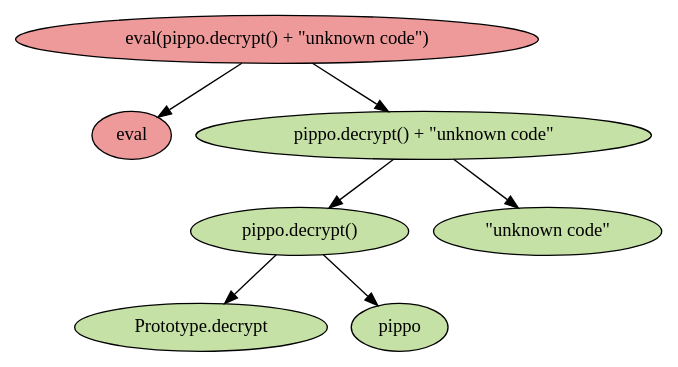
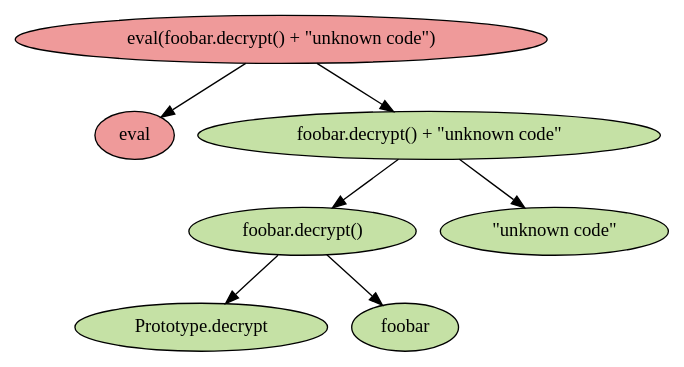
One commit to CapacitorSet/box-js changed the diagram in revealjs/eng/diagrams/vanilla_AST.dot. Above: the diagram before and after it, drawn with Graphviz. The commit also changed 4 other files, not shown here.

Commit message:
Translate diagrams into English

```diff
--- a/revealjs/eng/diagrams/vanilla_AST.dot
+++ b/revealjs/eng/diagrams/vanilla_AST.dot
@@ -1,16 +1,16 @@
 digraph AST {
 	"eval" [style="filled" fillcolor="#ef9a9a"]
-	"eval(pippo.decrypt() + \"unknown code\")" [style="filled" fillcolor="#ef9a9a"]
+	"eval(foobar.decrypt() + \"unknown code\")" [style="filled" fillcolor="#ef9a9a"]
 	subgraph argument {
 		node [style="filled" fillcolor="#c5e1a5"]
-		"pippo.decrypt() + \"unknown code\""
+		"foobar.decrypt() + \"unknown code\""
 
-		"pippo.decrypt() + \"unknown code\"" -> "pippo.decrypt()"
-		"pippo.decrypt()" -> "Prototype.decrypt"
-		"pippo.decrypt()" -> "pippo"
-		"pippo.decrypt() + \"unknown code\"" -> "\"unknown code\""
+		"foobar.decrypt() + \"unknown code\"" -> "foobar.decrypt()"
+		"foobar.decrypt()" -> "Prototype.decrypt"
+		"foobar.decrypt()" -> "foobar"
+		"foobar.decrypt() + \"unknown code\"" -> "\"unknown code\""
 	}
 
-	"eval(pippo.decrypt() + \"unknown code\")" -> "eval"
-	"eval(pippo.decrypt() + \"unknown code\")" -> "pippo.decrypt() + \"unknown code\""
+	"eval(foobar.decrypt() + \"unknown code\")" -> "eval"
+	"eval(foobar.decrypt() + \"unknown code\")" -> "foobar.decrypt() + \"unknown code\""
 }
```
